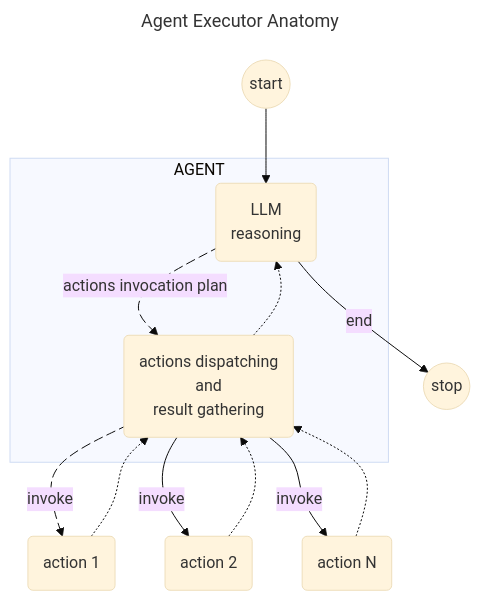
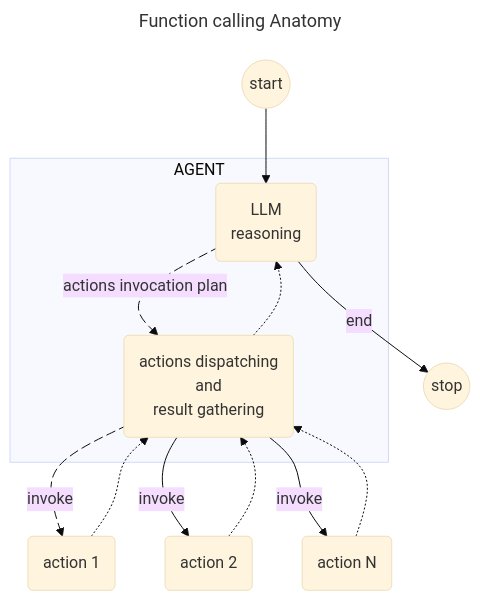
Before and after one commit to bsorrentino/langgraph4j: the first of 3 diagrams in samples/agents-handoff/README.md, drawn with Mermaid (base theme). The commit also changed other lines of this file, not shown here.

````diff
--- a/samples/agents-handoff/README.md
+++ b/samples/agents-handoff/README.md
@@ -3,32 +22,32 @@
 ```mermaid
 ---
-title: Agent Executor Anatomy
+title: Function calling Anatomy
 ---
 flowchart TD
 	__START__((start))
 	__END__((stop))
     subgraph AGENT
 	LLM("LLM
     reasoning") 
 	actions("actions dispatching
     and 
     result gathering")
 	LLM e1@-->|actions invocation plan| actions
 	end
     action1("action 1") 
     action2("action 2") 
     actionN("action N") 
 	__START__ --> LLM
 	LLM -->|end| __END__
     actions -.-> LLM
     actions e2@-->|invoke| action1
     actions -->|invoke| action2
     actions -->|invoke| actionN
 
     action1 -.-> actions
     action2 -.-> actions
     actionN -.-> actions
 
 e1@{ animate: true }     
 e2@{ animate: true }     
 ```
````
